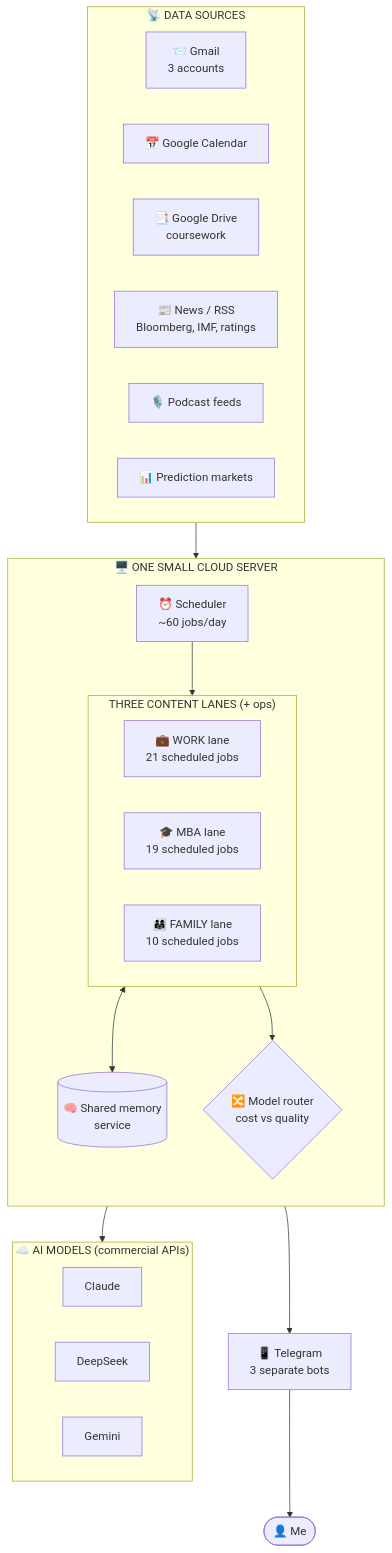
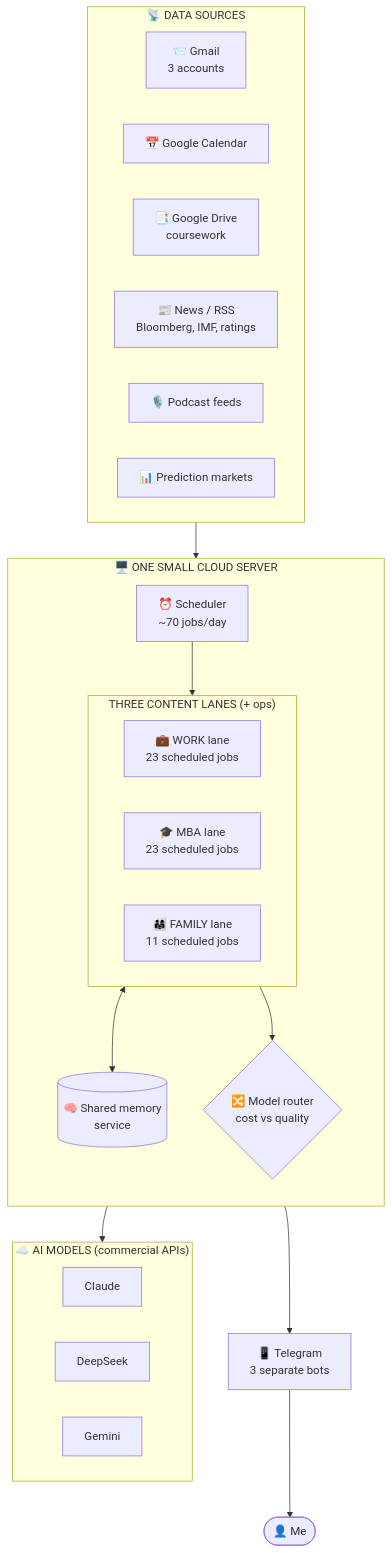
The first of 6 diagrams in docs/02-architecture.md (nickmuchi87/hermes-agents-showcase), drawn with Mermaid before and after one commit. The commit also changed other lines of this file and 13 other files, not shown here.

````diff
--- a/docs/02-architecture.md
+++ b/docs/02-architecture.md
@@ -7,41 +7,41 @@
 ```mermaid
 flowchart TB
     subgraph sources["📡 DATA SOURCES"]
         gmail[📨 Gmail<br/>3 accounts]
         gcal[📅 Google Calendar]
         gdrive[📑 Google Drive<br/>coursework]
         news[📰 News / RSS<br/>Bloomberg, IMF, ratings]
         pods[🎙️ Podcast feeds]
         mkts[📊 Prediction markets]
     end
 
     subgraph server["🖥️ ONE SMALL CLOUD SERVER"]
         direction TB
-        sched[⏰ Scheduler<br/>~60 jobs/day]
+        sched[⏰ Scheduler<br/>~70 jobs/day]
 
         subgraph lanes["THREE CONTENT LANES (+ ops)"]
-            em[💼 WORK lane<br/>21 scheduled jobs]
-            wemba[🎓 MBA lane<br/>19 scheduled jobs]
-            fam[👨‍👩‍👧 FAMILY lane<br/>10 scheduled jobs]
+            em[💼 WORK lane<br/>23 scheduled jobs]
+            wemba[🎓 MBA lane<br/>23 scheduled jobs]
+            fam[👨‍👩‍👧 FAMILY lane<br/>11 scheduled jobs]
         end
 
         mem[(🧠 Shared memory<br/>service)]
         router{🔀 Model router<br/>cost vs quality}
     end
 
     subgraph ai["☁️ AI MODELS (commercial APIs)"]
         claude[Claude]
         deepseek[DeepSeek]
         gemini[Gemini]
     end
 
     tg[📱 Telegram<br/>3 separate bots]
 
     sources --> lanes
     sched --> lanes
     lanes <--> mem
     lanes --> router
     router --> ai
     lanes --> tg
     tg --> me([👤 Me])
 ```
````
